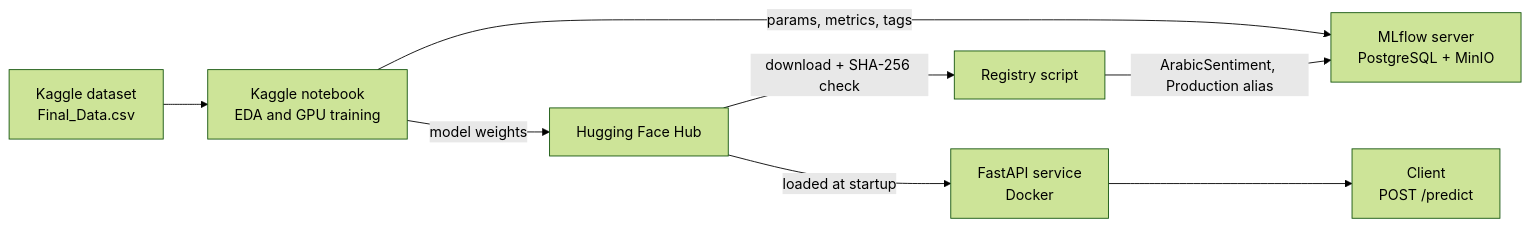
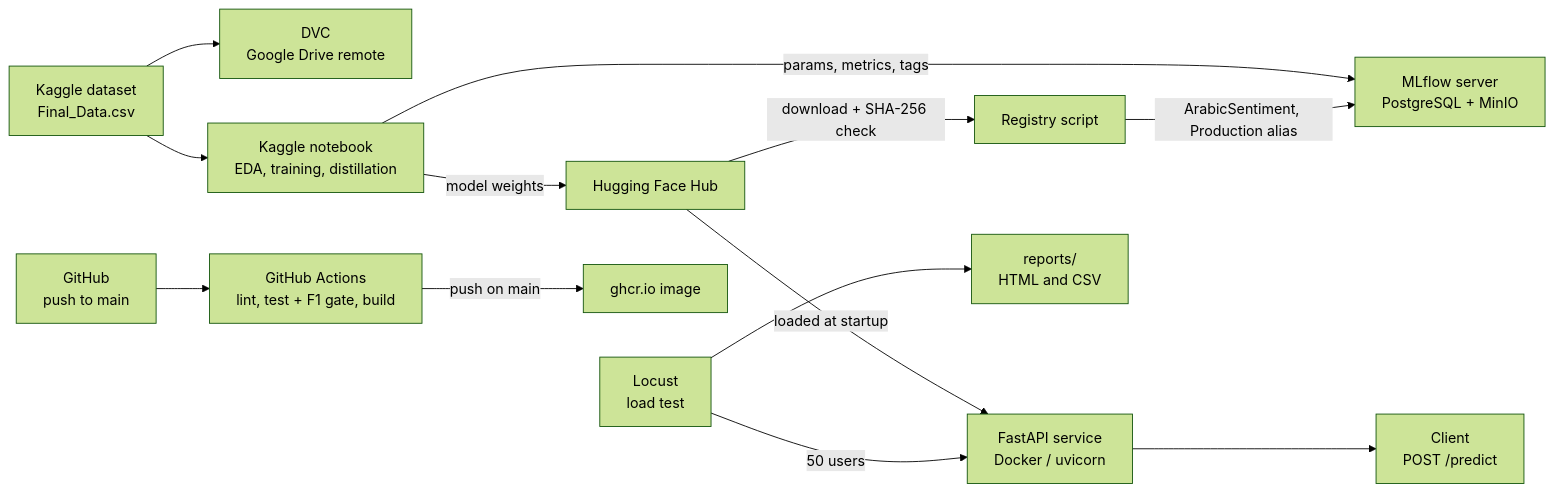
One commit to doaa450/Sentiment-Analysis-MLOps changed the diagram in README.md. Above: the diagram before and after it, drawn with Mermaid (forest theme). The commit also changed other lines of this file, not shown here.

Commit message:
Document Phase 11 load test and update README layout, diagram and checklist

````diff
--- a/README.md
+++ b/README.md
@@ -69,10 +85,15 @@
 ```mermaid
 flowchart LR
-    DS["Kaggle dataset<br/>Final_Data.csv"] --> NB["Kaggle notebook<br/>EDA and GPU training"]
+    DS["Kaggle dataset<br/>Final_Data.csv"] --> DVC["DVC<br/>Google Drive remote"]
+    DS --> NB["Kaggle notebook<br/>EDA, training, distillation"]
     NB -->|"params, metrics, tags"| ML["MLflow server<br/>PostgreSQL + MinIO"]
     NB -->|"model weights"| HF["Hugging Face Hub"]
     HF -->|"download + SHA-256 check"| RG["Registry script"]
     RG -->|"ArabicSentiment, Production alias"| ML
-    HF -->|"loaded at startup"| API["FastAPI service<br/>Docker"]
+    HF -->|"loaded at startup"| API["FastAPI service<br/>Docker / uvicorn"]
     API --> CL["Client<br/>POST /predict"]
+    LC["Locust<br/>load test"] -->|"50 users"| API
+    LC --> RP["reports/<br/>HTML and CSV"]
+    GH["GitHub<br/>push to main"] --> CI["GitHub Actions<br/>lint, test + F1 gate, build"]
+    CI -->|"push on main"| GR["ghcr.io image"]
 ```
````
